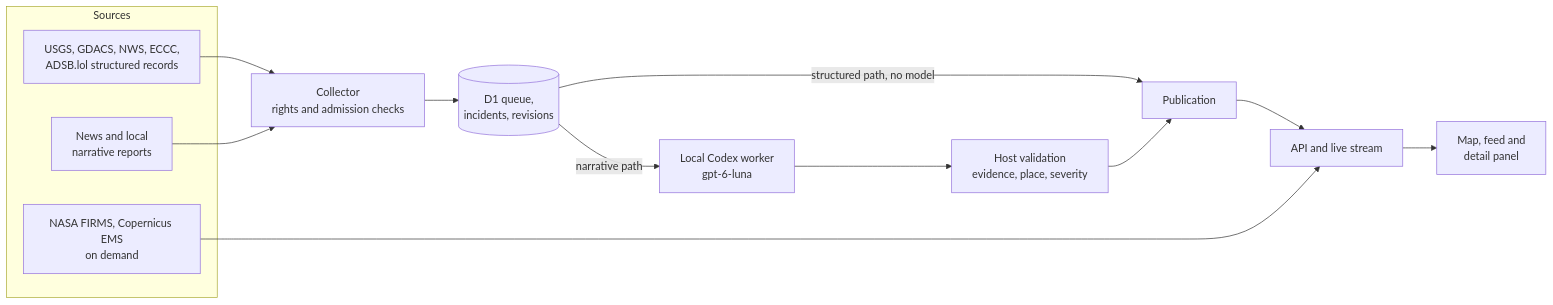
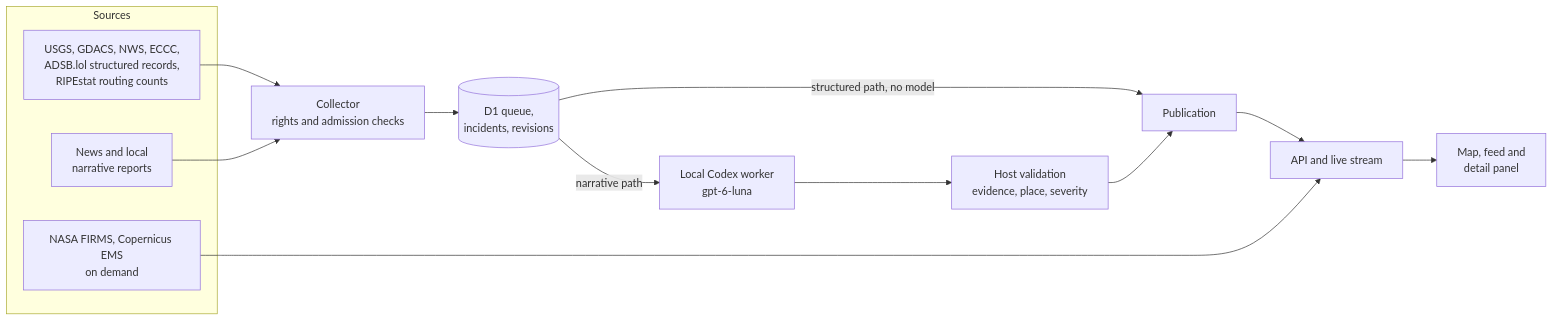
Before and after one commit to fortunexbt/world-watch: the diagram in README.md, drawn with Mermaid. The commit also changed other lines of this file and 17 other files, not shown here.

````diff
--- a/README.md
+++ b/README.md
@@ -34,18 +34,18 @@
 ```mermaid
 flowchart LR
   subgraph Sources
-    S1[USGS, GDACS, NWS, ECCC,<br/>ADSB.lol structured records]
+    S1[USGS, GDACS, NWS, ECCC,<br/>ADSB.lol structured records,<br/>RIPEstat routing counts]
     S2[News and local<br/>narrative reports]
     S3[NASA FIRMS, Copernicus EMS<br/>on demand]
   end
   S1 --> C[Collector<br/>rights and admission checks]
   S2 --> C
   C --> D[(D1 queue,<br/>incidents, revisions)]
   D -->|structured path, no model| P[Publication]
   D -->|narrative path| W[Local Codex worker<br/>gpt-6-luna]
   W --> V[Host validation<br/>evidence, place, severity]
   V --> P
   P --> A[API and live stream]
   S3 --> A
   A --> M[Map, feed and<br/>detail panel]
 ```
````
